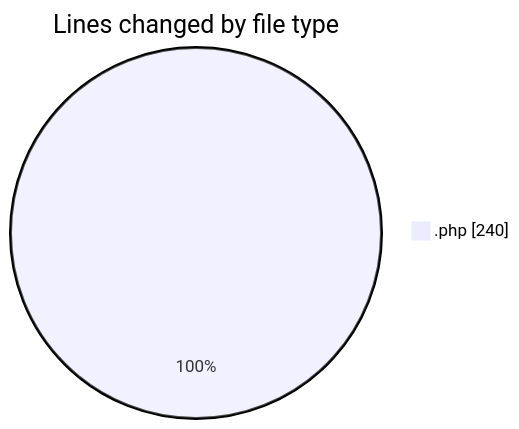
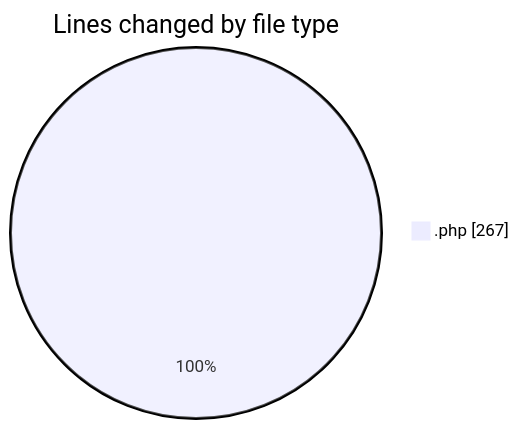
The first of 2 diagrams in 2025-10-08/url-shortener/README.md (Ritupan-Deka/code-tracking), drawn with Mermaid before and after one commit. The commit also changed other lines of this file and 1 other file, not shown here.

````diff
--- a/2025-10-08/url-shortener/README.md
+++ b/2025-10-08/url-shortener/README.md
@@ -23,5 +24,5 @@
 ```mermaid
 pie showData
 title Lines changed by file type
-".php" : 240
+".php" : 267
 ```
````
